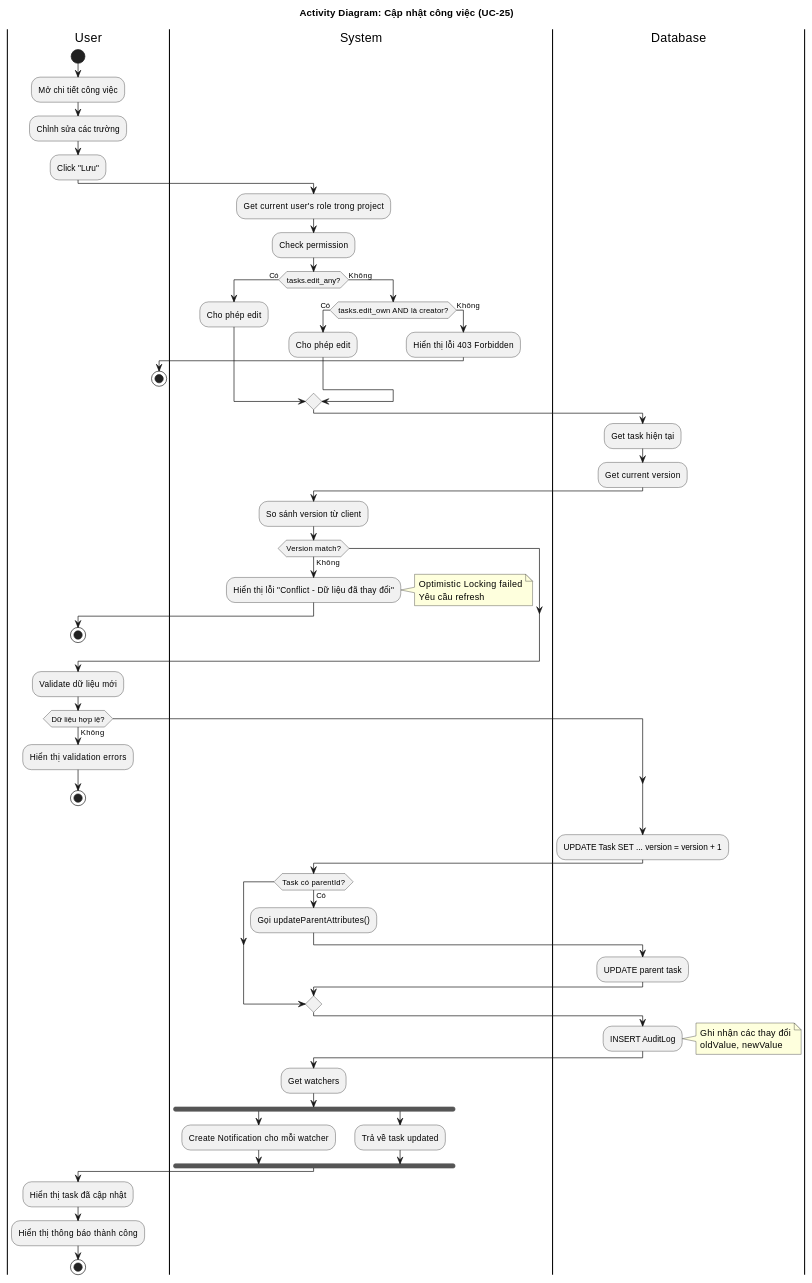
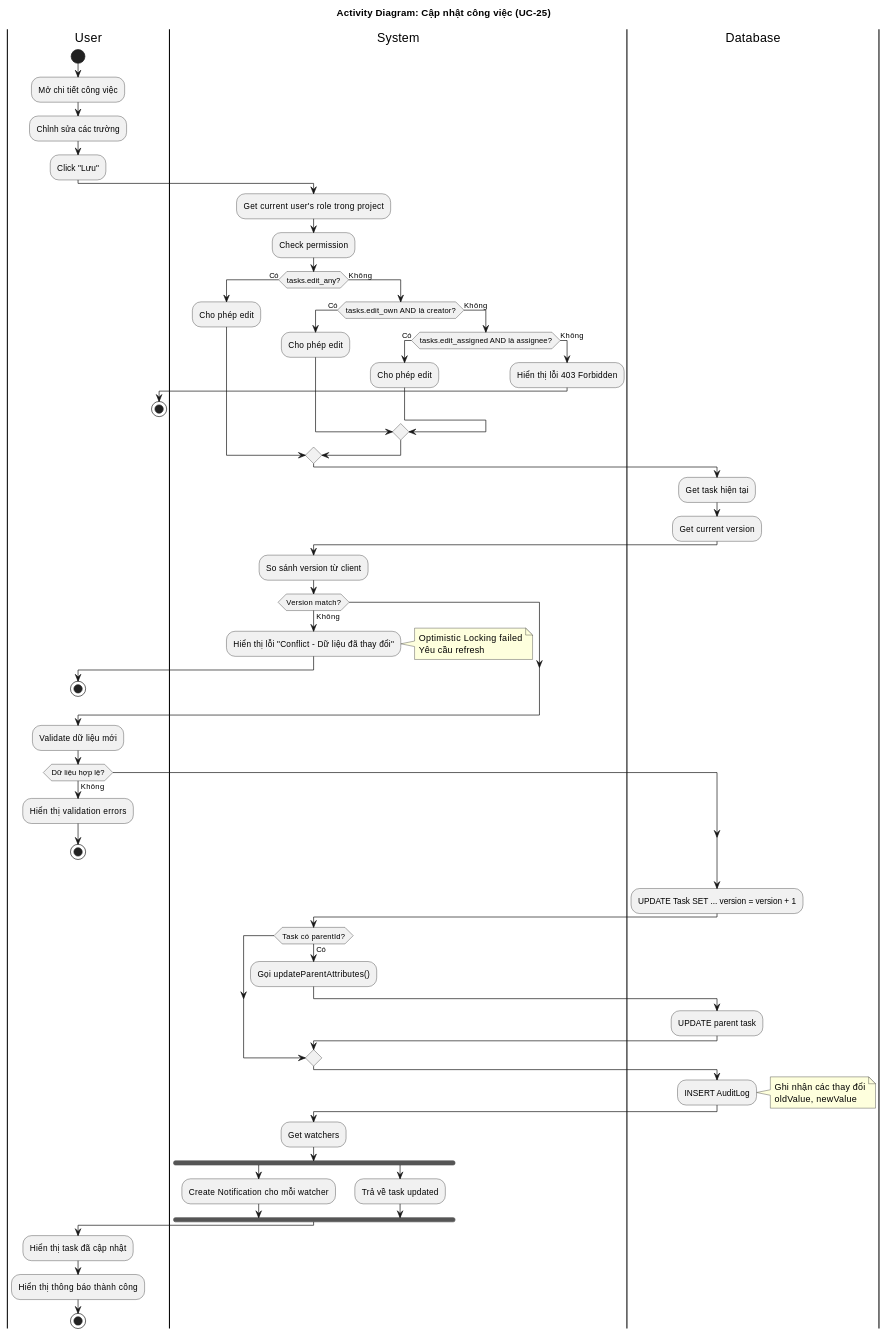
Before and after one commit to docuong039/worksphere: the diagram in docs/activity_diagram/07-update-task.md, drawn with PlantUML. The commit also changed other lines of this file and 23 other files, not shown here.

```diff
--- a/docs/activity_diagram/07-update-task.md
+++ b/docs/activity_diagram/07-update-task.md
@@ -39,9 +39,13 @@
   if (tasks.edit_own AND là creator?) then (Có)
     :Cho phép edit;
   else (Không)
-    :Hiển thị lỗi 403 Forbidden;
-    |User|
-    stop
+    if (tasks.edit_assigned AND là assignee?) then (Có)
+      :Cho phép edit;
+    else (Không)
+      :Hiển thị lỗi 403 Forbidden;
+      |User|
+      stop
+    endif
   endif
 endif
 
```
